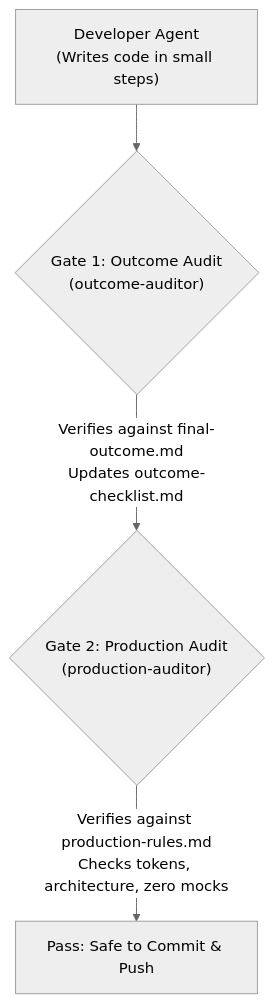
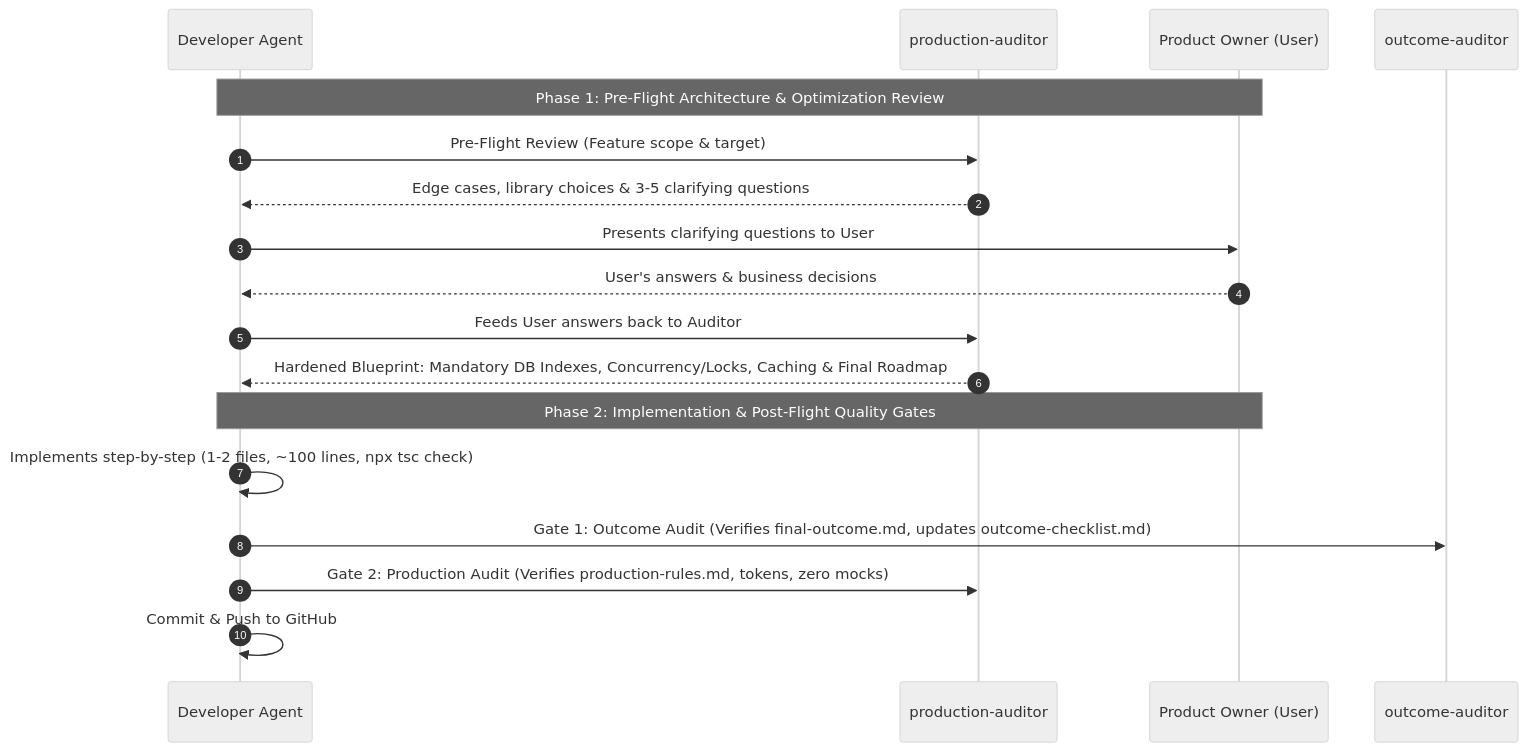
One commit to n-muhammad-taufiq/lahm changed the diagram in context/agent-workflow-guide.md. Above: the diagram before and after it, drawn with Mermaid (neutral theme). The commit also changed other lines of this file and 2 other files, not shown here.

Commit message:
feat(governance): activate closed-loop pre-flight architecture and optimization review

````diff
--- a/context/agent-workflow-guide.md
+++ b/context/agent-workflow-guide.md
@@ -40,6 +40,22 @@
 ```mermaid
-flowchart TD
-    DEV["Developer Agent\n(Writes code in small steps)"] --> GATE1{"Gate 1: Outcome Audit\n(outcome-auditor)"}
-    GATE1 -->|"Verifies against final-outcome.md\nUpdates outcome-checklist.md"| GATE2{"Gate 2: Production Audit\n(production-auditor)"}
-    GATE2 -->|"Verifies against production-rules.md\nChecks tokens, architecture, zero mocks"| MERGE["Pass: Safe to Commit & Push"]
+sequenceDiagram
+    autonumber
+    participant D as Developer Agent
+    participant PA as production-auditor
+    participant U as Product Owner (User)
+    participant OA as outcome-auditor
+
+    Note over D,U: Phase 1: Pre-Flight Architecture & Optimization Review
+    D->>PA: Pre-Flight Review (Feature scope & target)
+    PA-->>D: Edge cases, library choices & 3-5 clarifying questions
+    D->>U: Presents clarifying questions to User
+    U-->>D: User's answers & business decisions
+    D->>PA: Feeds User answers back to Auditor
+    PA-->>D: Hardened Blueprint: Mandatory DB Indexes, Concurrency/Locks, Caching & Final Roadmap
+
+    Note over D,U: Phase 2: Implementation & Post-Flight Quality Gates
+    D->>D: Implements step-by-step (1-2 files, ~100 lines, npx tsc check)
+    D->>OA: Gate 1: Outcome Audit (Verifies final-outcome.md, updates outcome-checklist.md)
+    D->>PA: Gate 2: Production Audit (Verifies production-rules.md, tokens, zero mocks)
+    D->>D: Commit & Push to GitHub
 ```
````
